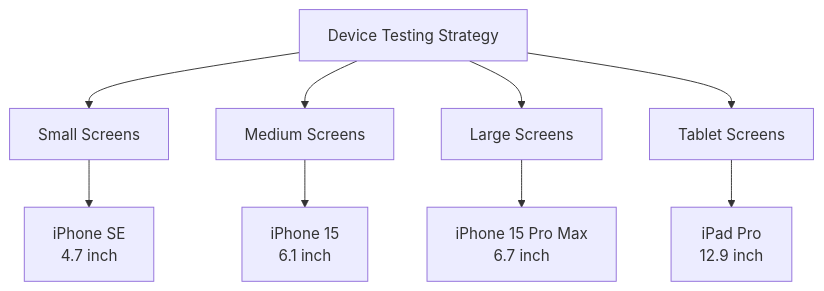
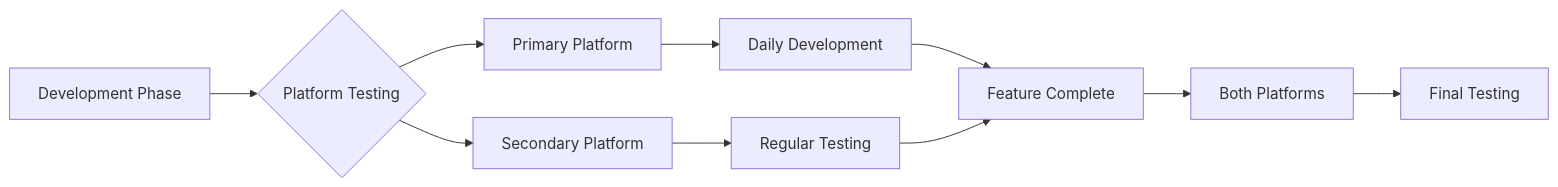
Before and after one commit to nickPattLB303/react-native-examples: the fifth of 5 diagrams in modules/module-03-react-native-environment-with-expo/section-05-running-on-the-ios-simulator.md, drawn with Mermaid. The commit also changed other lines of this file and 5 other files, not shown here.

First line of the commit message:
Enhance Module 3: Update Content for Cross-Platform React Native Development with Expo

````diff
--- a/modules/module-03-react-native-environment-with-expo/section-05-running-on-the-ios-simulator.md
+++ b/modules/module-03-react-native-environment-with-expo/section-05-running-on-the-ios-simulator.md
@@ -230,12 +342,12 @@
 ```mermaid
-graph TD
-    A[Device Testing Strategy] --> B[Small Screens]
-    A --> C[Medium Screens]
-    A --> D[Large Screens]
-    A --> E[Tablet Screens]
-
-    B --> F[iPhone SE<br/>4.7 inch]
-    C --> G[iPhone 15<br/>6.1 inch]
-    D --> H[iPhone 15 Pro Max<br/>6.7 inch]
-    E --> I[iPad Pro<br/>12.9 inch]
+graph LR
+    A[Development Phase] --> B{Platform Testing}
+    B --> C[Primary Platform]
+    B --> D[Secondary Platform]
+    C --> E[Daily Development]
+    D --> F[Regular Testing]
+    E --> G[Feature Complete]
+    F --> G
+    G --> H[Both Platforms]
+    H --> I[Final Testing]
 ```
````
